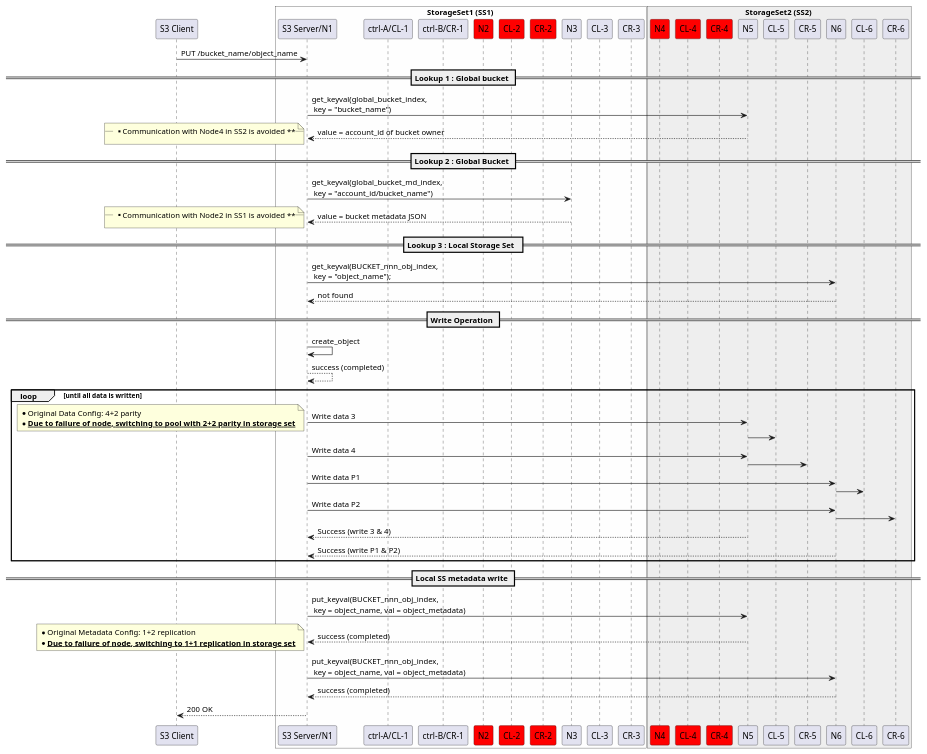
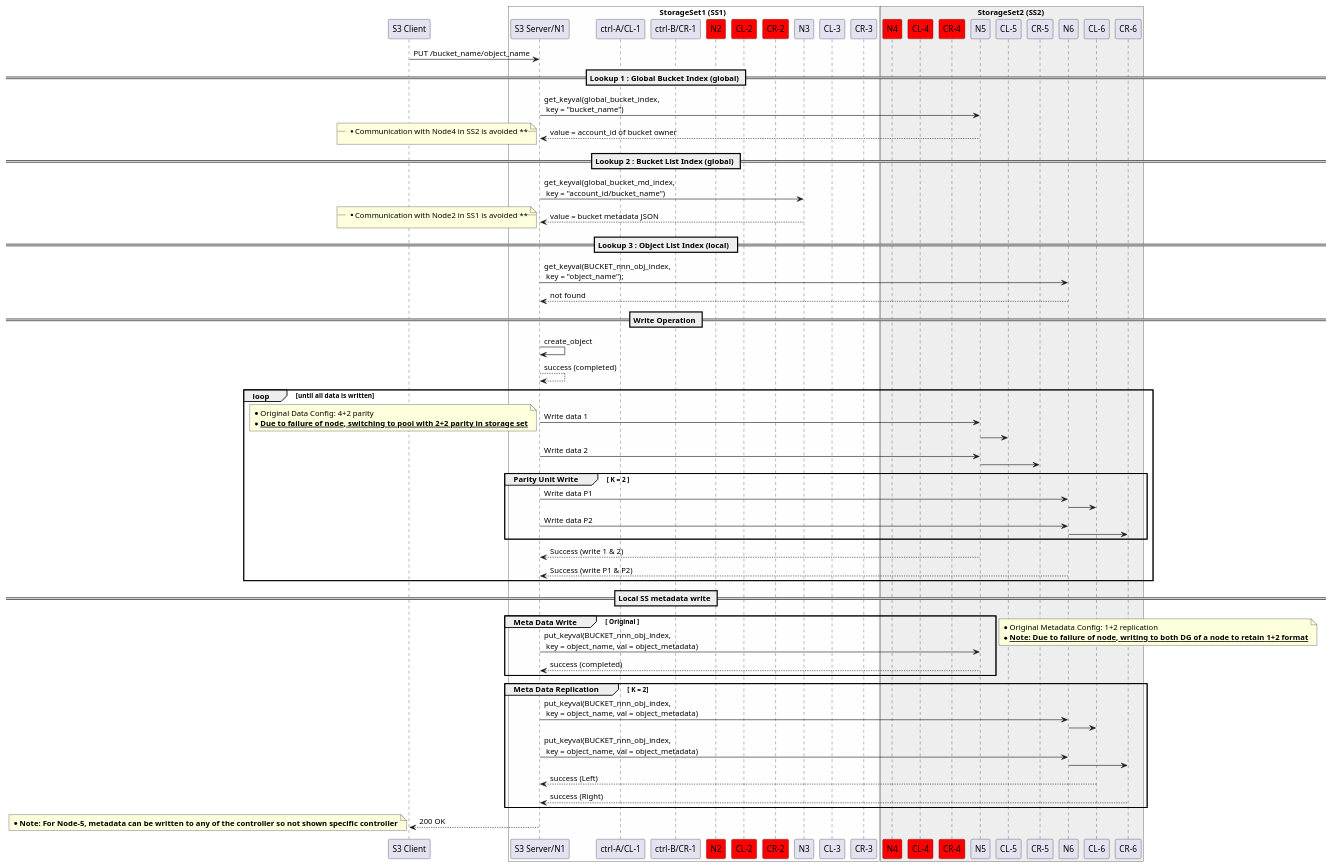
One commit to Seagate/cortx-motr changed the diagram in doc/dev/ldrr2/usecases/image_src/simple_object_put_failed_node.puml. Above: the diagram before and after it, drawn with PlantUML. The commit also changed 1 other file, not shown here.

Commit message:
Updating put object for failed scenario

```diff
--- a/doc/dev/ldrr2/usecases/image_src/simple_object_put_failed_node.puml
+++ b/doc/dev/ldrr2/usecases/image_src/simple_object_put_failed_node.puml
@@ -2,84 +2,97 @@
 @startuml
 
 participant "S3 Client" as client
 box StorageSet1 (SS1) #FEFEFE
 participant "S3 Server/N1" as N1
 participant "ctrl-A/CL-1" as CL_1
 participant "ctrl-B/CR-1" as CR_1
 participant "N2" as N2 #red
 participant "CL-2" as CL_2 #red
 participant "CR-2" as CR_2 #red
 participant "N3" as N3
 participant "CL-3" as CL_3
 participant "CR-3" as CR_3
 end box
 box StorageSet2 (SS2) #EEEEEE
 participant "N4" as N4 #red
 participant "CL-4" as CL_4 #red
 participant "CR-4" as CR_4 #red
 participant "N5" as N5
 participant "CL-5" as CL_5
 participant "CR-5" as CR_5
 participant "N6" as N6
 participant "CL-6" as CL_6
 participant "CR-6" as CR_6
 end box
 
 client -> N1: PUT /bucket_name/object_name
 
-== Lookup 1 : Global bucket ==
+== Lookup 1 : Global Bucket Index (global) ==
 N1 -> N5: get_keyval(global_bucket_index,\n key = "bucket_name")
 N5 --> N1: value = account_id of bucket owner
 
 note left
    __** Communication with Node4 in SS2 is avoided **__
 end note
 
-== Lookup 2 : Global Bucket ==
+== Lookup 2 : Bucket List Index (global) ==
 N1 -> N3: get_keyval(global_bucket_md_index,\n key = "account_id/bucket_name")
 N3 --> N1: value = bucket metadata JSON
 
 note left
    __** Communication with Node2 in SS1 is avoided **__
 end note
 
-== Lookup 3 : Local Storage Set  ==
+== Lookup 3 : Object List Index (local)  ==
 N1 -> N6: get_keyval(BUCKET_nnn_obj_index,\n key = "object_name");
 N6 --> N1: not found
 
 == Write Operation ==
 N1 -> N1: create_object
 N1 --> N1: success (completed)
 
 loop until all data is written
-  N1 -> "N5": Write data 3
+  N1 -> "N5": Write data 1
 note left
    * Original Data Config: 4+2 parity
    * __**Due to failure of node, switching to pool with 2+2 parity in storage set**__
 end note
   "N5" -> CL_5
-  N1 -> "N5": Write data 4
+  N1 -> "N5": Write data 2
   "N5" -> CR_5
+
+group Parity Unit Write [ K = 2 ]  
   N1 -> "N6": Write data P1
   "N6" -> CL_6
   N1 -> "N6": Write data P2
   "N6" -> CR_6
+end  
 
-  N5 --> N1: Success (write 3 & 4)
+  N5 --> N1: Success (write 1 & 2)
   N6 --> N1: Success (write P1 & P2)
 end
 
 == Local SS metadata write ==
-
+group Meta Data Write [ Original ]
 N1 -> N5: put_keyval(BUCKET_nnn_obj_index,\n key = object_name, val = object_metadata)
 N5 --> N1: success (completed)
+end
 note left
    * Original Metadata Config: 1+2 replication
-   * __**Due to failure of node, switching to 1+1 replication in storage set**__
+   * __**Note: Due to failure of node, writing to both DG of a node to retain 1+2 format**__
 end note
 
+group Meta Data Replication [ K = 2]
 N1 -> N6: put_keyval(BUCKET_nnn_obj_index,\n key = object_name, val = object_metadata)
-N6 --> N1: success (completed)
+"N6" -> CL_6
+N1 -> N6: put_keyval(BUCKET_nnn_obj_index,\n key = object_name, val = object_metadata)
+"N6" -> CR_6
+CL_6 --> N1: success (Left)
+CR_6 --> N1: success (Right)
+end
+N1 --> client: 200 OK
+note left
+   * **Note: For Node-5, metadata can be written to any of the controller so not shown specific controller**
+end note
 
-N1 --> client: 200 OK
 @enduml
```
